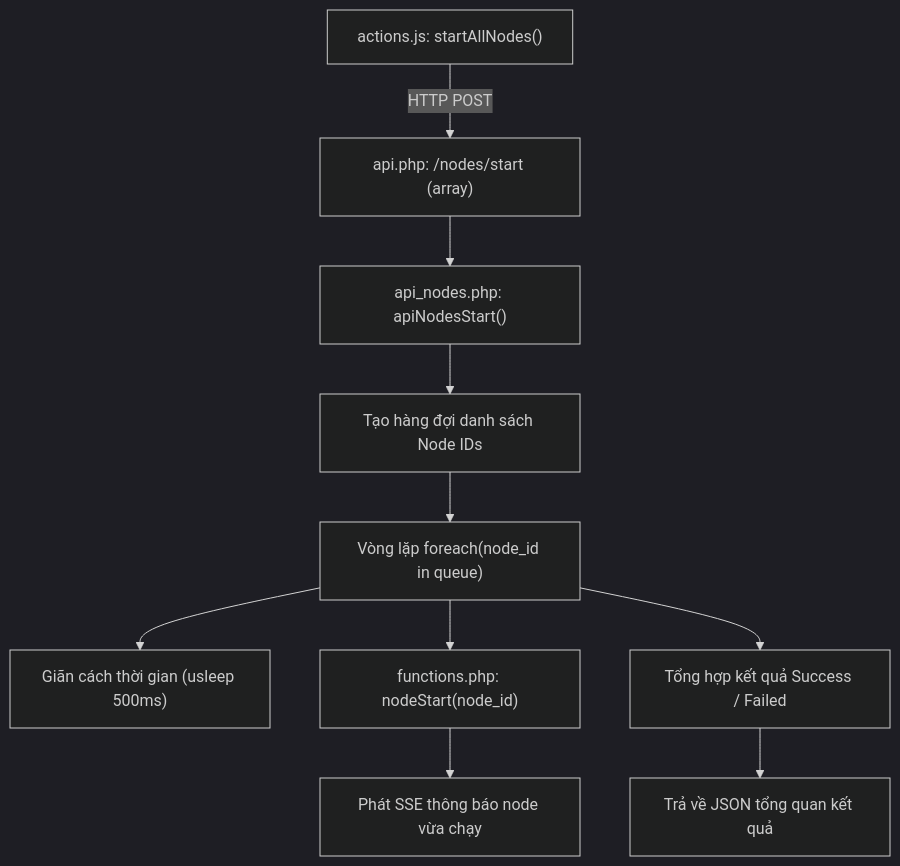
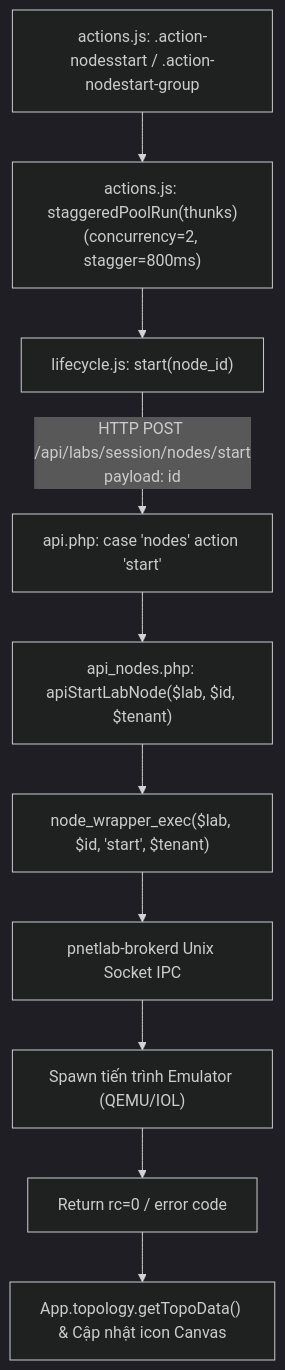
The diagram in docs/03-diagrams/f07-node-bulk-operations-callgraph.md (Luuxinhxinh/pnet-v8), drawn with Mermaid (dark theme) before and after one commit. The commit also changed 39 other files, not shown here.

Commit message:
fix(docs): synchronize and align all function names and API signatures with real codebase

````diff
--- a/docs/03-diagrams/f07-node-bulk-operations-callgraph.md
+++ b/docs/03-diagrams/f07-node-bulk-operations-callgraph.md
@@ -9,12 +9,12 @@
 ```mermaid
 graph TD
-    UI["actions.js: startAllNodes()"] -->|HTTP POST| API["api.php: /nodes/start (array)"]
-    API --> CONTROLLER["api_nodes.php: apiNodesStart()"]
-    CONTROLLER --> QUEUE["Tạo hàng đợi danh sách Node IDs"]
-    QUEUE --> LOOP["Vòng lặp foreach(node_id in queue)"]
-    LOOP --> SLEEP["Giãn cách thời gian (usleep 500ms)"]
-    LOOP --> CALL_START["functions.php: nodeStart(node_id)"]
-    CALL_START --> SSE_BROADCAST["Phát SSE thông báo node vừa chạy"]
-    LOOP --> AGGREGATE["Tổng hợp kết quả Success / Failed"]
-    AGGREGATE --> RESP["Trả về JSON tổng quan kết quả"]
+    UI["actions.js: .action-nodesstart / .action-nodestart-group"] --> POOL["actions.js: staggeredPoolRun(thunks)<br/>(concurrency=2, stagger=800ms)"]
+    POOL --> WORKER["lifecycle.js: start(node_id)"]
+    WORKER -->|HTTP POST /api/labs/session/nodes/start<br/>payload: id| API["api.php: case 'nodes' action 'start'"]
+    API --> CONTROLLER["api_nodes.php: apiStartLabNode($lab, $id, $tenant)"]
+    CONTROLLER --> WRAPPER["node_wrapper_exec($lab, $id, 'start', $tenant)"]
+    WRAPPER --> BROKER["pnetlab-brokerd Unix Socket IPC"]
+    BROKER --> SPAWN["Spawn tiến trình Emulator (QEMU/IOL)"]
+    SPAWN --> RET["Return rc=0 / error code"]
+    RET --> UI_REFRESH["App.topology.getTopoData() & Cập nhật icon Canvas"]
 ```
````
